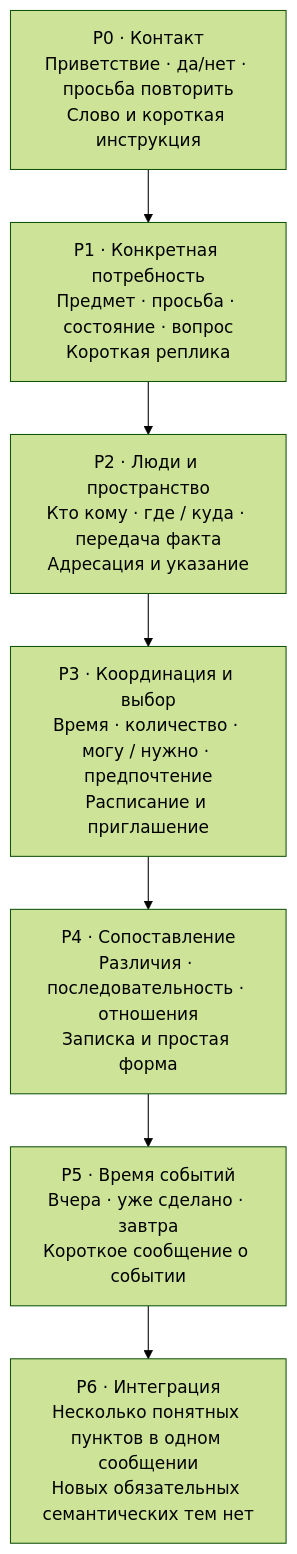
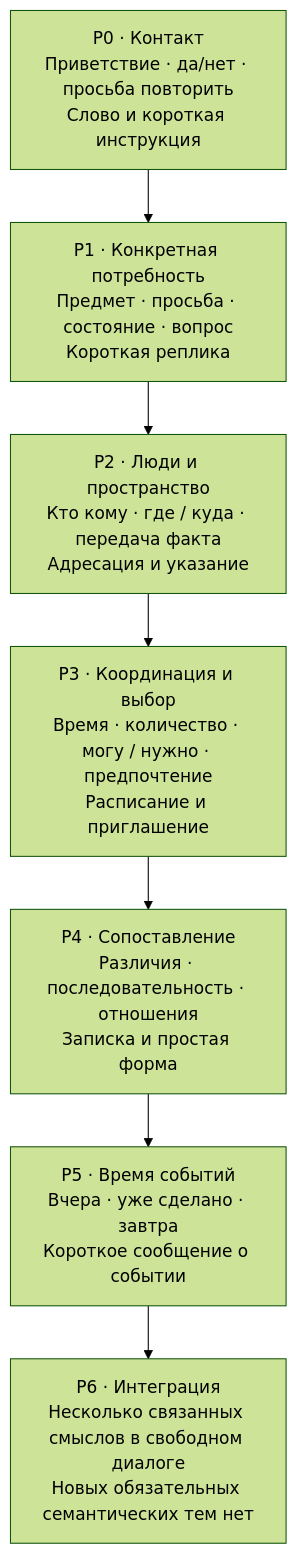
Before and after one commit to ExecBit/language-life-sim: the first of 3 diagrams in implementations/story_rpg/docs/LANGUAGE_MAP.md, drawn with Mermaid (forest theme). The commit also changed other lines of this file, not shown here.

````diff
--- a/implementations/story_rpg/docs/LANGUAGE_MAP.md
+++ b/implementations/story_rpg/docs/LANGUAGE_MAP.md
@@ -16,11 +16,11 @@
 ```mermaid
 flowchart TD
   P0["P0 · Контакт<br/>Приветствие · да/нет · просьба повторить<br/>Слово и короткая инструкция"]
   P1["P1 · Конкретная потребность<br/>Предмет · просьба · состояние · вопрос<br/>Короткая реплика"]
   P2["P2 · Люди и пространство<br/>Кто кому · где / куда · передача факта<br/>Адресация и указание"]
   P3["P3 · Координация и выбор<br/>Время · количество · могу / нужно · предпочтение<br/>Расписание и приглашение"]
   P4["P4 · Сопоставление<br/>Различия · последовательность · отношения<br/>Записка и простая форма"]
   P5["P5 · Время событий<br/>Вчера · уже сделано · завтра<br/>Короткое сообщение о событии"]
-  P6["P6 · Интеграция<br/>Несколько понятных пунктов в одном сообщении<br/>Новых обязательных семантических тем нет"]
+  P6["P6 · Интеграция<br/>Несколько связанных смыслов в свободном диалоге<br/>Новых обязательных семантических тем нет"]
   P0 --> P1 --> P2 --> P3 --> P4 --> P5 --> P6
 ```
````
